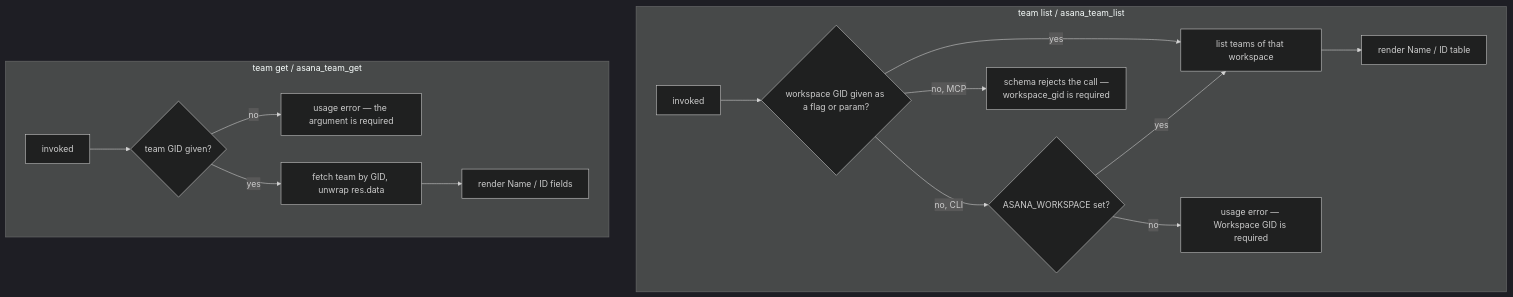
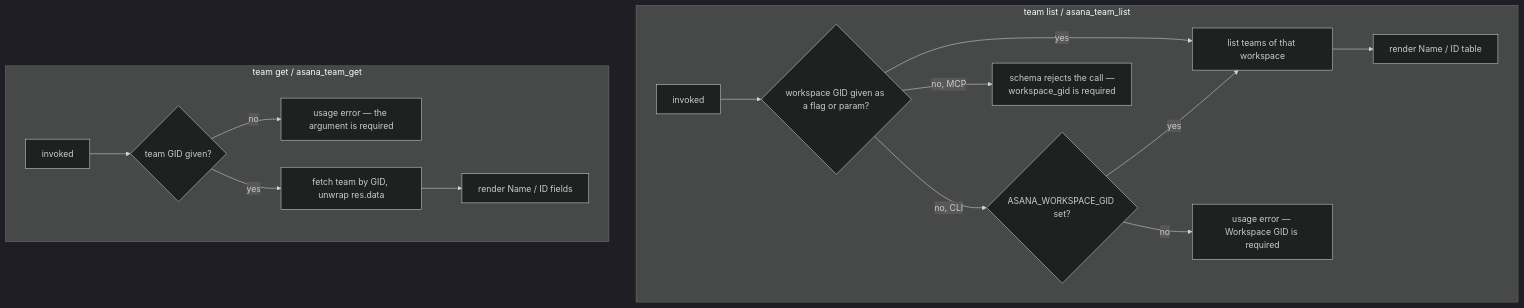
The diagram in packages/cyber-asana/.agents/spec/teams/README.md (cyberuni/cyber-asana), drawn with Mermaid (dark theme) before and after one commit. The commit also changed other lines of this file and 94 other files, not shown here.

First line of the commit message:
feat!: remove the deprecated ASANA_TOKEN and ASANA_WORKSPACE env vars

````diff
--- a/packages/cyber-asana/.agents/spec/teams/README.md
+++ b/packages/cyber-asana/.agents/spec/teams/README.md
@@ -69,19 +69,19 @@
 ```mermaid
 graph TD
   subgraph list["team list / asana_team_list"]
     L[invoked] --> LF{workspace GID given as a flag or param?}
     LF -->|yes| LQ[list teams of that workspace]
-    LF -->|no, CLI| LE{ASANA_WORKSPACE set?}
+    LF -->|no, CLI| LE{ASANA_WORKSPACE_GID set?}
     LF -->|no, MCP| LX[schema rejects the call —<br/>workspace_gid is required]
     LE -->|yes| LQ
     LE -->|no| LU[usage error — Workspace GID is required]
     LQ --> LR[render Name / ID table]
   end
 
   subgraph get["team get / asana_team_get"]
     G[invoked] --> GG{team GID given?}
     GG -->|no| GE[usage error — the argument is required]
     GG -->|yes| GF[fetch team by GID, unwrap res.data]
     GF --> GR[render Name / ID fields]
   end
 ```
````
